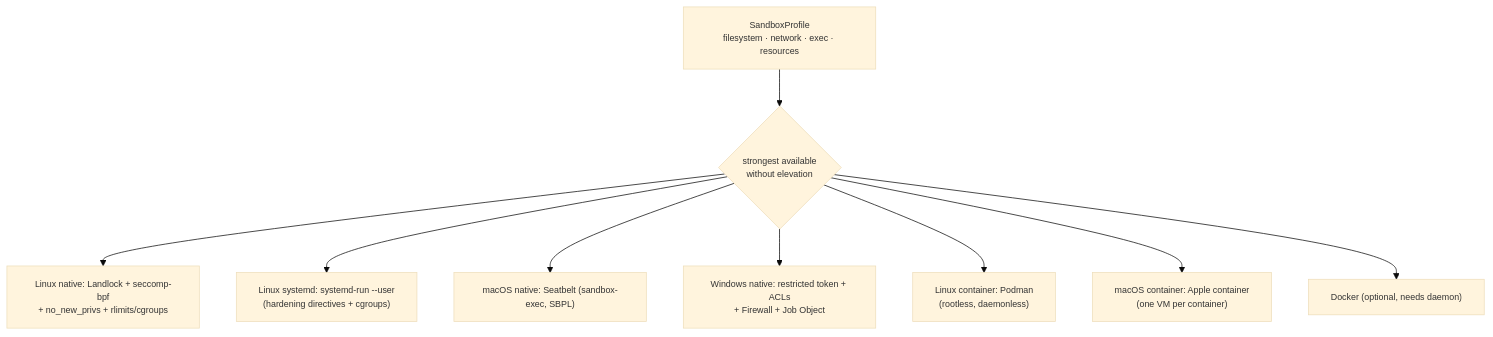
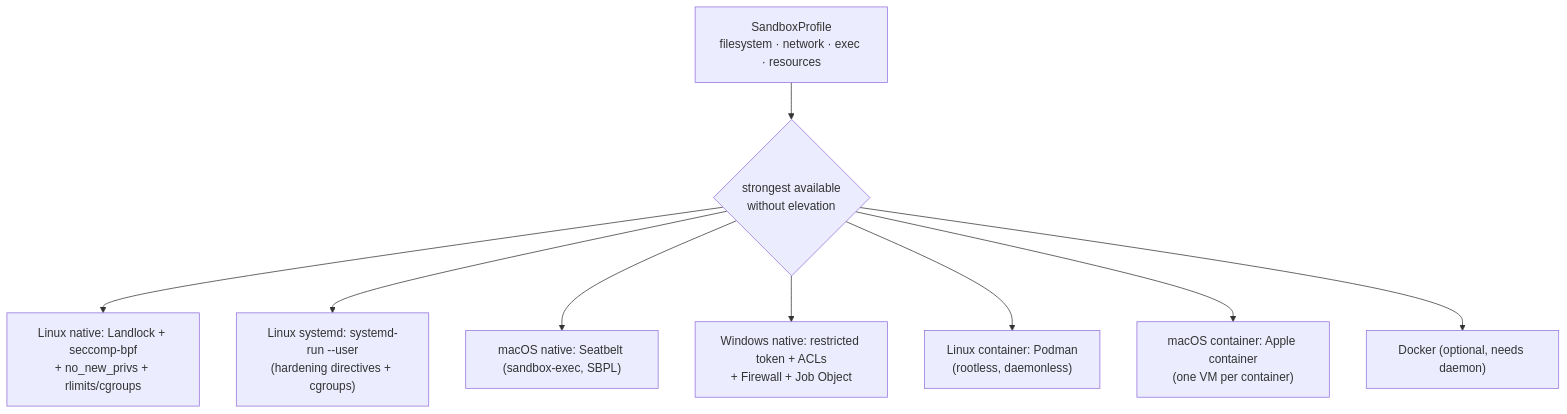
The second of 2 diagrams in specs/sandboxing.md (alex-oleshkevich/dailydrift), drawn with Mermaid before and after one commit. The commit also changed other lines of this file and 44 other files, not shown here.

````diff
--- a/specs/sandboxing.md
+++ b/specs/sandboxing.md
@@ -160,12 +159,11 @@
 ```mermaid
-%%{init: {'theme': 'base', 'themeVariables': {'fontSize': '12px'}}}%%
 flowchart TB
-    P["SandboxProfile\nfilesystem · network · exec · resources"] --> SEL{"strongest available\nwithout elevation"}
-    SEL --> L["Linux native: Landlock + seccomp-bpf\n+ no_new_privs + rlimits/cgroups"]
-    SEL --> Sd["Linux systemd: systemd-run --user\n(hardening directives + cgroups)"]
+    P["SandboxProfile<br/>filesystem · network · exec · resources"] --> SEL{"strongest available<br/>without elevation"}
+    SEL --> L["Linux native: Landlock + seccomp-bpf<br/>+ no_new_privs + rlimits/cgroups"]
+    SEL --> Sd["Linux systemd: systemd-run --user<br/>(hardening directives + cgroups)"]
     SEL --> M["macOS native: Seatbelt (sandbox-exec, SBPL)"]
-    SEL --> W["Windows native: restricted token + ACLs\n+ Firewall + Job Object"]
-    SEL --> Po["Linux container: Podman\n(rootless, daemonless)"]
-    SEL --> AC["macOS container: Apple container\n(one VM per container)"]
+    SEL --> W["Windows native: restricted token + ACLs<br/>+ Firewall + Job Object"]
+    SEL --> Po["Linux container: Podman<br/>(rootless, daemonless)"]
+    SEL --> AC["macOS container: Apple container<br/>(one VM per container)"]
     SEL --> D["Docker (optional, needs daemon)"]
 ```
````
